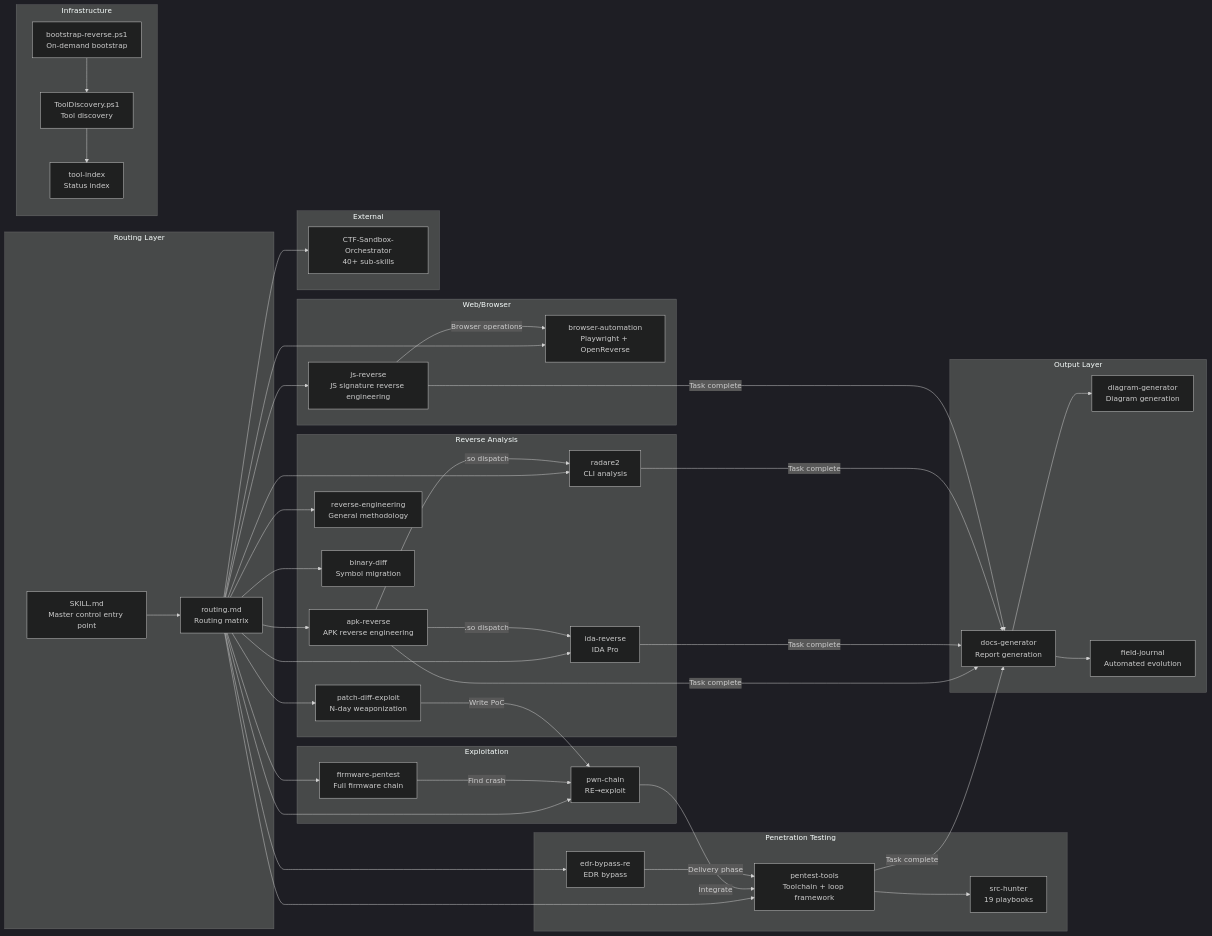
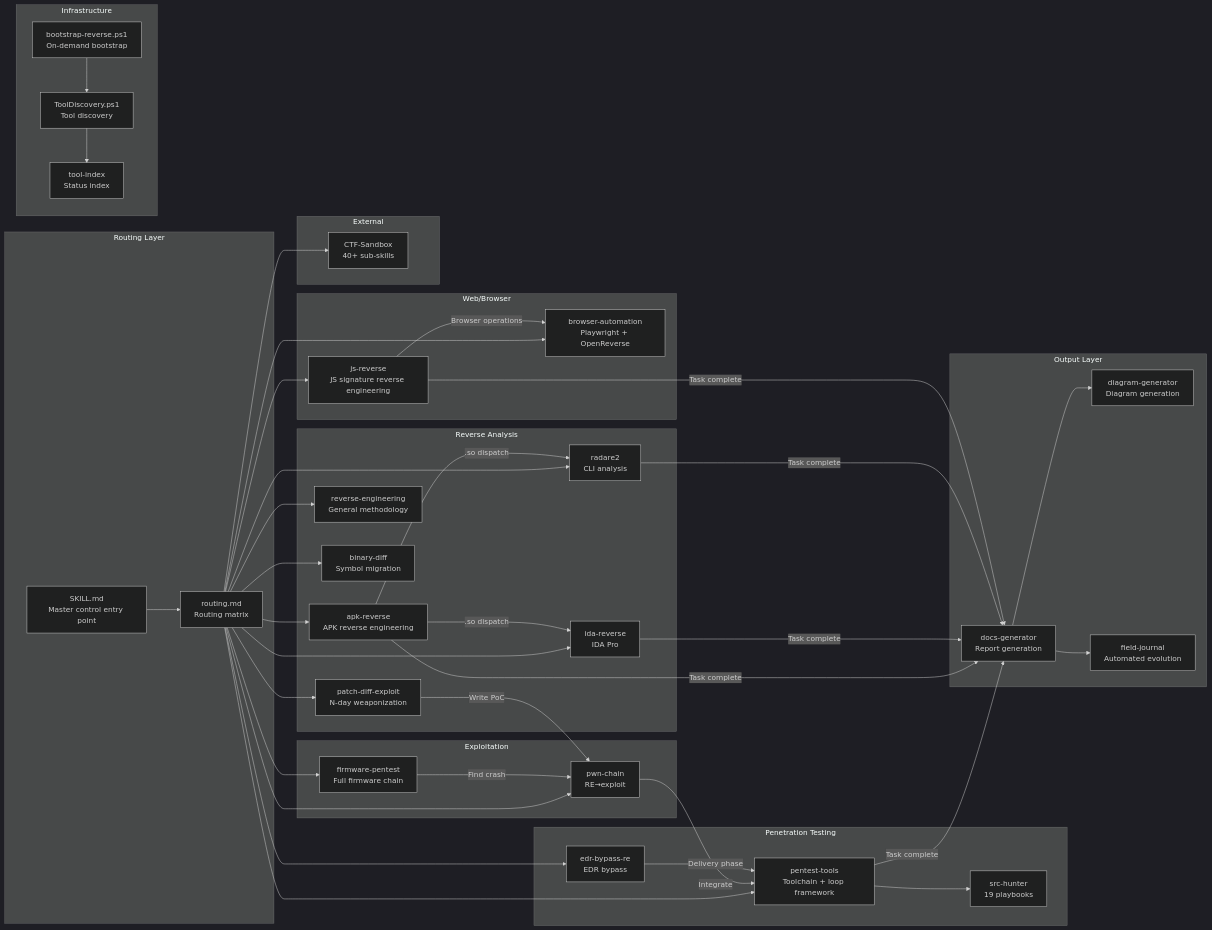
One commit to xAmirHamza77/ReverseOps-Skill changed the second of 7 diagrams in docs/ARCHITECTURE.md. Above: the diagram before and after it, drawn with Mermaid (dark theme). The commit also changed other lines of this file and 170 other files, not shown here.

Commit message:
refactor: rename burp-mcp-full → burp-mcp, CTF-Sandbox-Orchestrator → CTF-Sandbox

````diff
--- a/docs/ARCHITECTURE.md
+++ b/docs/ARCHITECTURE.md
@@ -38,68 +38,68 @@
 ```mermaid
 flowchart LR
     subgraph Routing Layer
         SKILL[SKILL.md<br/>Master control entry point]
         Routing[routing.md<br/>Routing matrix]
     end
 
     subgraph Reverse Analysis
         APK[apk-reverse<br/>APK reverse engineering]
         IDA[ida-reverse<br/>IDA Pro]
         R2[radare2<br/>CLI analysis]
         RE[reverse-engineering<br/>General methodology]
         BinDiff[binary-diff<br/>Symbol migration]
         PatchDiff[patch-diff-exploit<br/>N-day weaponization]
     end
 
     subgraph Exploitation
         Pwn[pwn-chain<br/>RE→exploit]
         Firmware[firmware-pentest<br/>Full firmware chain]
     end
 
     subgraph Penetration Testing
         Pentest[pentest-tools<br/>Toolchain + loop framework]
         SrcHunter[src-hunter<br/>19 playbooks]
         EDR[edr-bypass-re<br/>EDR bypass]
     end
 
     subgraph Web/Browser
         JS[js-reverse<br/>JS signature reverse engineering]
         Browser[browser-automation<br/>Playwright + OpenReverse]
     end
 
     subgraph Infrastructure
         Bootstrap[bootstrap-reverse.ps1<br/>On-demand bootstrap]
         Discovery[ToolDiscovery.ps1<br/>Tool discovery]
         ToolIndex[tool-index<br/>Status index]
     end
 
     subgraph Output Layer
         Docs[docs-generator<br/>Report generation]
         Diagram[diagram-generator<br/>Diagram generation]
         Journal[field-journal<br/>Automated evolution]
     end
 
     subgraph External
-        CTF[CTF-Sandbox-Orchestrator<br/>40+ sub-skills]
+        CTF[CTF-Sandbox<br/>40+ sub-skills]
     end
 
     SKILL --> Routing
     Routing --> APK & IDA & R2 & RE & BinDiff & PatchDiff
     Routing --> Pentest & JS & Browser & Pwn & Firmware & EDR
     Routing --> CTF
 
     Pentest --> SrcHunter
     APK -->|.so dispatch| IDA
     APK -->|.so dispatch| R2
     PatchDiff -->|Write PoC| Pwn
     Firmware -->|Find crash| Pwn
     Pwn -->|Integrate| Pentest
     EDR -->|Delivery phase| Pentest
     JS -->|Browser operations| Browser
     
     Bootstrap --> Discovery --> ToolIndex
     
     APK & IDA & R2 & Pentest & JS -->|Task complete| Docs
     Docs --> Diagram
     Docs --> Journal
 ```
````
